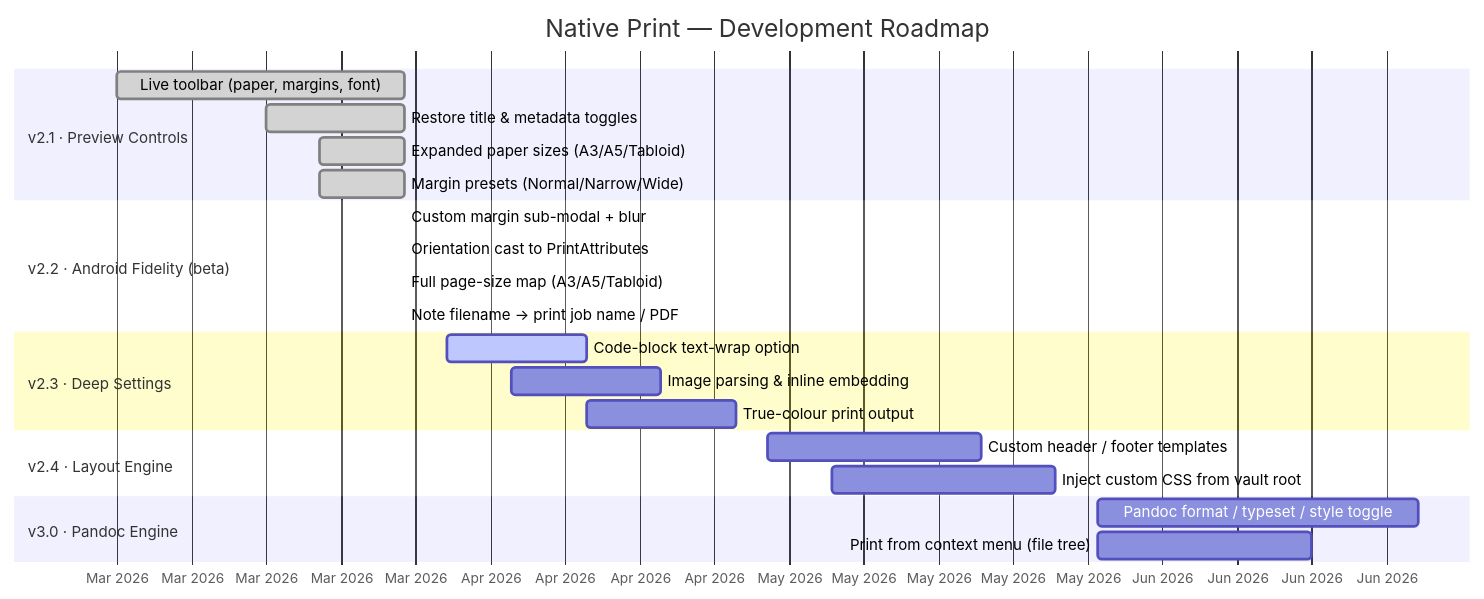
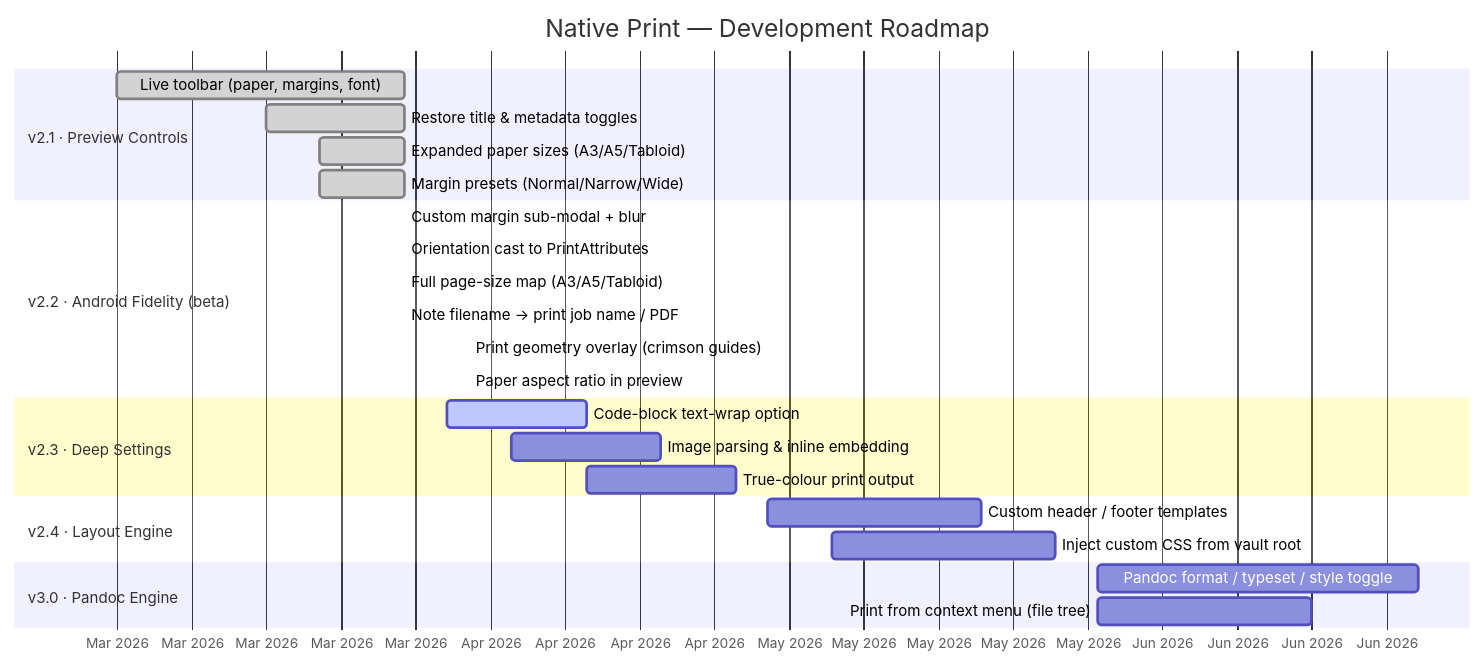
One commit to PWereh/native-print changed the diagram in README.md. Above: the diagram before and after it, drawn with Mermaid. The commit also changed other lines of this file and 5 other files, not shown here.

````diff
--- a/README.md
+++ b/README.md
@@ -23,31 +25,33 @@
 ```mermaid
 gantt
     title Native Print — Development Roadmap
     dateFormat YYYY-MM-DD
     axisFormat %b %Y
 
     section v2.1 · Preview Controls
     Live toolbar (paper, margins, font)    :done,    pv1, 2026-03-01, 2026-03-28
     Restore title & metadata toggles       :done,    pv2, 2026-03-15, 2026-03-28
     Expanded paper sizes (A3/A5/Tabloid)   :done,    pv3, 2026-03-20, 2026-03-28
     Margin presets (Normal/Narrow/Wide)    :done,    pv4, 2026-03-20, 2026-03-28
 
     section v2.2 · Android Fidelity (beta)
     Custom margin sub-modal + blur         :done,    am1, 2026-03-28, 2026-03-28
     Orientation cast to PrintAttributes    :done,    am2, 2026-03-28, 2026-03-28
     Full page-size map (A3/A5/Tabloid)     :done,    am3, 2026-03-28, 2026-03-28
     Note filename → print job name / PDF   :done,    am4, 2026-03-28, 2026-03-28
+    Print geometry overlay (crimson guides):done,    am5, 2026-04-03, 2026-04-03
+    Paper aspect ratio in preview          :done,    am6, 2026-04-03, 2026-04-03
 
     section v2.3 · Deep Settings
     Code-block text-wrap option            :active,  ds1, 2026-04-01, 2026-04-14
     Image parsing & inline embedding       :         ds2, 2026-04-07, 2026-04-21
     True-colour print output               :         ds3, 2026-04-14, 2026-04-28
 
     section v2.4 · Layout Engine
     Custom header / footer templates       :         le1, 2026-05-01, 2026-05-21
     Inject custom CSS from vault root      :         le2, 2026-05-07, 2026-05-28
 
     section v3.0 · Pandoc Engine
     Pandoc format / typeset / style toggle :         pe1, 2026-06-01, 2026-07-01
     Print from context menu (file tree)    :         pe2, 2026-06-01, 2026-06-21
 ```
````
